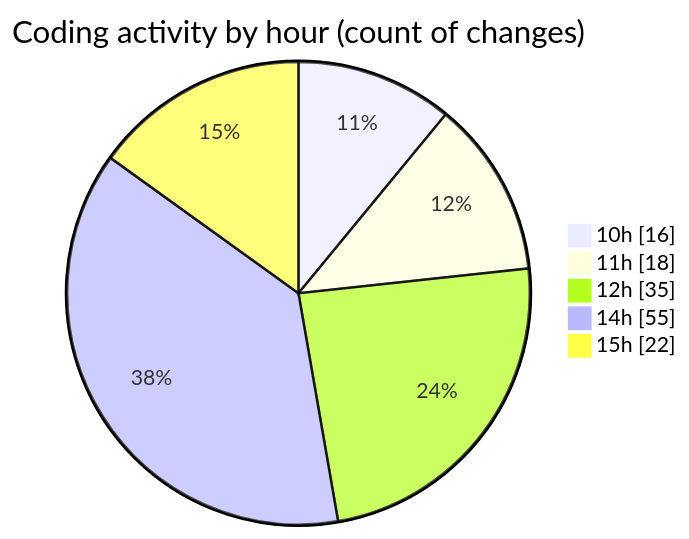
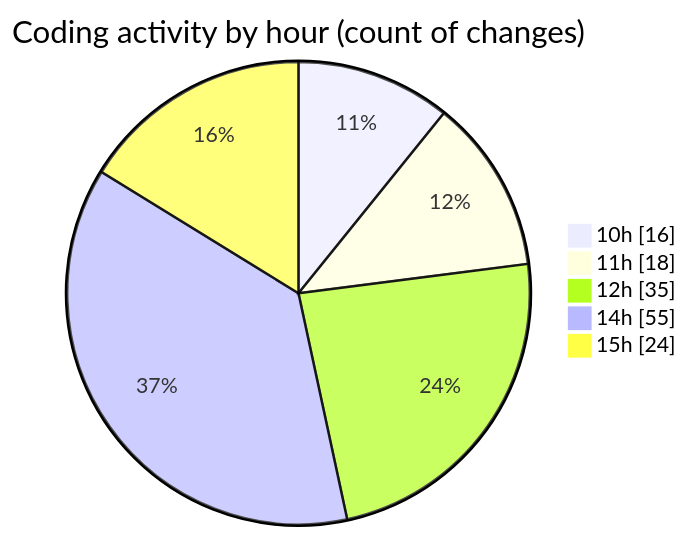
The second of 2 diagrams in 2026-05-06/cda/README.md (momahboobian/code-tracking), drawn with Mermaid before and after one commit. The commit also changed other lines of this file and 1 other file, not shown here.

````diff
--- a/2026-05-06/cda/README.md
+++ b/2026-05-06/cda/README.md
@@ -102,9 +103,9 @@
 ```mermaid
 pie showData
 title Coding activity by hour (count of changes)
 "10h" : 16
 "11h" : 18
 "12h" : 35
 "14h" : 55
-"15h" : 22
+"15h" : 24
 ```
````
